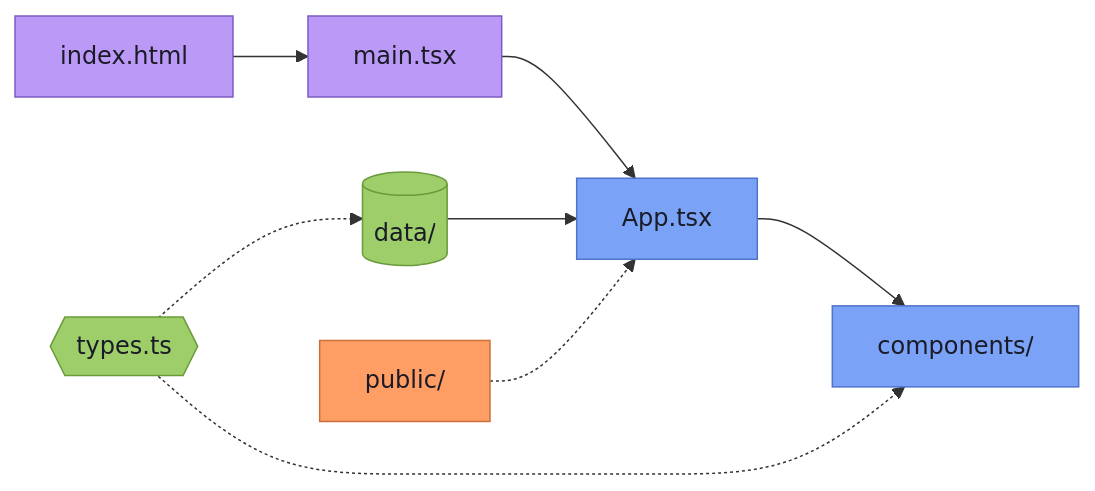
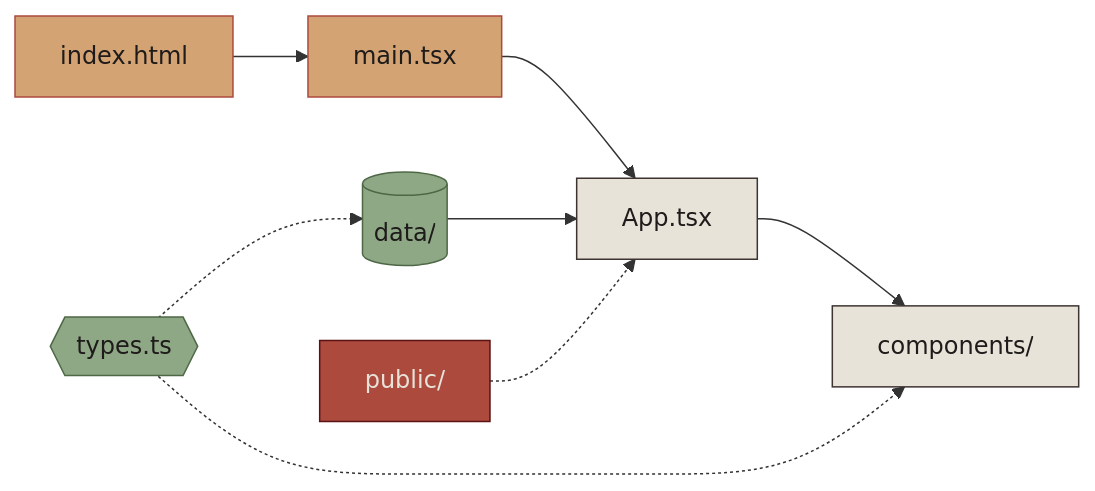
Before and after one commit to blood-prog/IbrahimBenabida: the first of 3 diagrams in README.md, drawn with Mermaid. The commit also changed other lines of this file and 4 other files, not shown here.

````diff
--- a/README.md
+++ b/README.md
@@ -89,18 +89,18 @@
 ```mermaid
 flowchart LR
     html["index.html"] --> main["main.tsx"] --> app["App.tsx"]
     app --> components["components/"]
     data[("data/")] --> app
     types{{"types.ts"}} -.-> data
     types -.-> components
     public["public/"] -.-> app
 
-    classDef entry fill:#bb9af7,stroke:#7c5cc4,color:#1a1b26
-    classDef ui fill:#7aa2f7,stroke:#4f74c9,color:#1a1b26
-    classDef content fill:#9ece6a,stroke:#6a9a3a,color:#1a1b26
-    classDef asset fill:#ff9e64,stroke:#c9703a,color:#1a1b26
+    classDef entry fill:#D4A373,stroke:#AD4A3E,color:#1E1B1A
+    classDef ui fill:#E8E3D9,stroke:#3D3432,color:#1E1B1A
+    classDef content fill:#8EA885,stroke:#4E6847,color:#1E1B1A
+    classDef asset fill:#AD4A3E,stroke:#5A1212,color:#E8E3D9
     class html,main entry
     class app,components ui
     class data,types content
     class public asset
 ```
````
